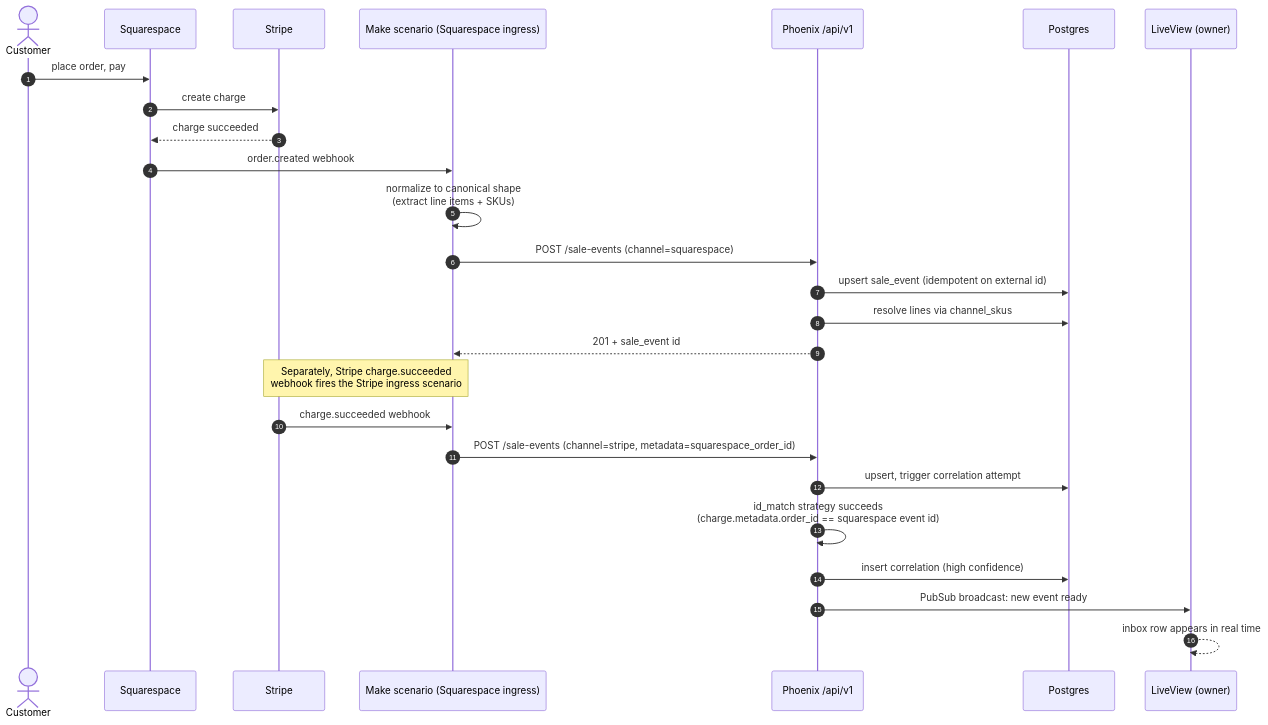
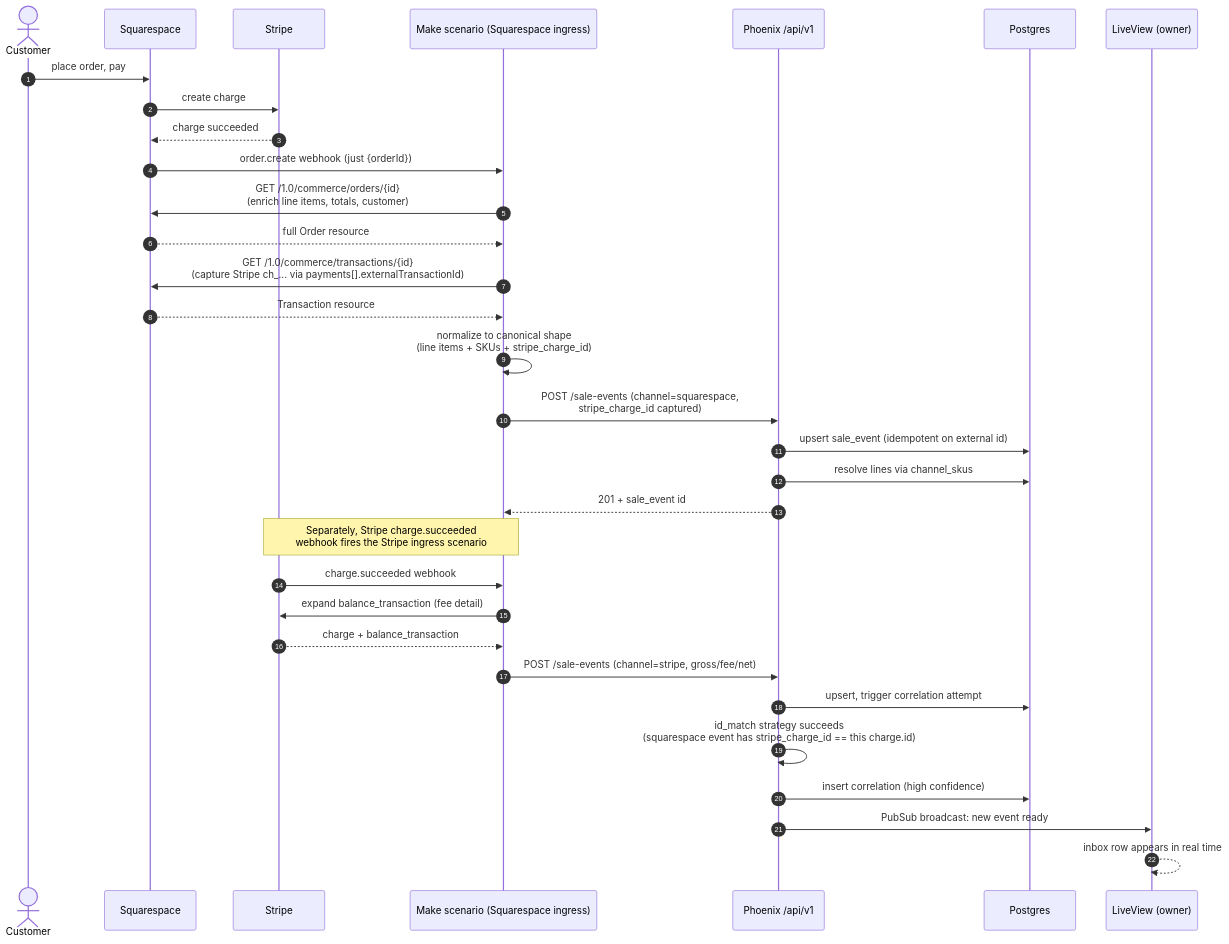
Before and after one commit to fkhawajagh/lbkmk: the second of 12 diagrams in docs/solution-proposal.md, drawn with Mermaid. The commit also changed other lines of this file and 2 other files, not shown here.

````diff
--- a/docs/solution-proposal.md
+++ b/docs/solution-proposal.md
@@ -118,31 +122,37 @@
 ```mermaid
 sequenceDiagram
     autonumber
     actor Customer
     participant Squarespace
     participant Stripe
     participant Make as Make scenario (Squarespace ingress)
     participant Phoenix as Phoenix /api/v1
     participant DB as Postgres
     participant UI as LiveView (owner)
 
     Customer->>Squarespace: place order, pay
     Squarespace->>Stripe: create charge
     Stripe-->>Squarespace: charge succeeded
-    Squarespace->>Make: order.created webhook
-    Make->>Make: normalize to canonical shape<br/>(extract line items + SKUs)
-    Make->>Phoenix: POST /sale-events (channel=squarespace)
+    Squarespace->>Make: order.create webhook (just {orderId})
+    Make->>Squarespace: GET /1.0/commerce/orders/{id}<br/>(enrich line items, totals, customer)
+    Squarespace-->>Make: full Order resource
+    Make->>Squarespace: GET /1.0/commerce/transactions/{id}<br/>(capture Stripe ch_... via payments[].externalTransactionId)
+    Squarespace-->>Make: Transaction resource
+    Make->>Make: normalize to canonical shape<br/>(line items + SKUs + stripe_charge_id)
+    Make->>Phoenix: POST /sale-events (channel=squarespace,<br/>stripe_charge_id captured)
     Phoenix->>DB: upsert sale_event (idempotent on external id)
     Phoenix->>DB: resolve lines via channel_skus
     Phoenix-->>Make: 201 + sale_event id
 
     Note over Stripe,Make: Separately, Stripe charge.succeeded<br/>webhook fires the Stripe ingress scenario
     Stripe->>Make: charge.succeeded webhook
-    Make->>Phoenix: POST /sale-events (channel=stripe, metadata=squarespace_order_id)
+    Make->>Stripe: expand balance_transaction (fee detail)
+    Stripe-->>Make: charge + balance_transaction
+    Make->>Phoenix: POST /sale-events (channel=stripe, gross/fee/net)
     Phoenix->>DB: upsert, trigger correlation attempt
-    Phoenix->>Phoenix: id_match strategy succeeds<br/>(charge.metadata.order_id == squarespace event id)
+    Phoenix->>Phoenix: id_match strategy succeeds<br/>(squarespace event has stripe_charge_id == this charge.id)
     Phoenix->>DB: insert correlation (high confidence)
 
     Phoenix->>UI: PubSub broadcast: new event ready
     UI-->>UI: inbox row appears in real time
 ```
````
